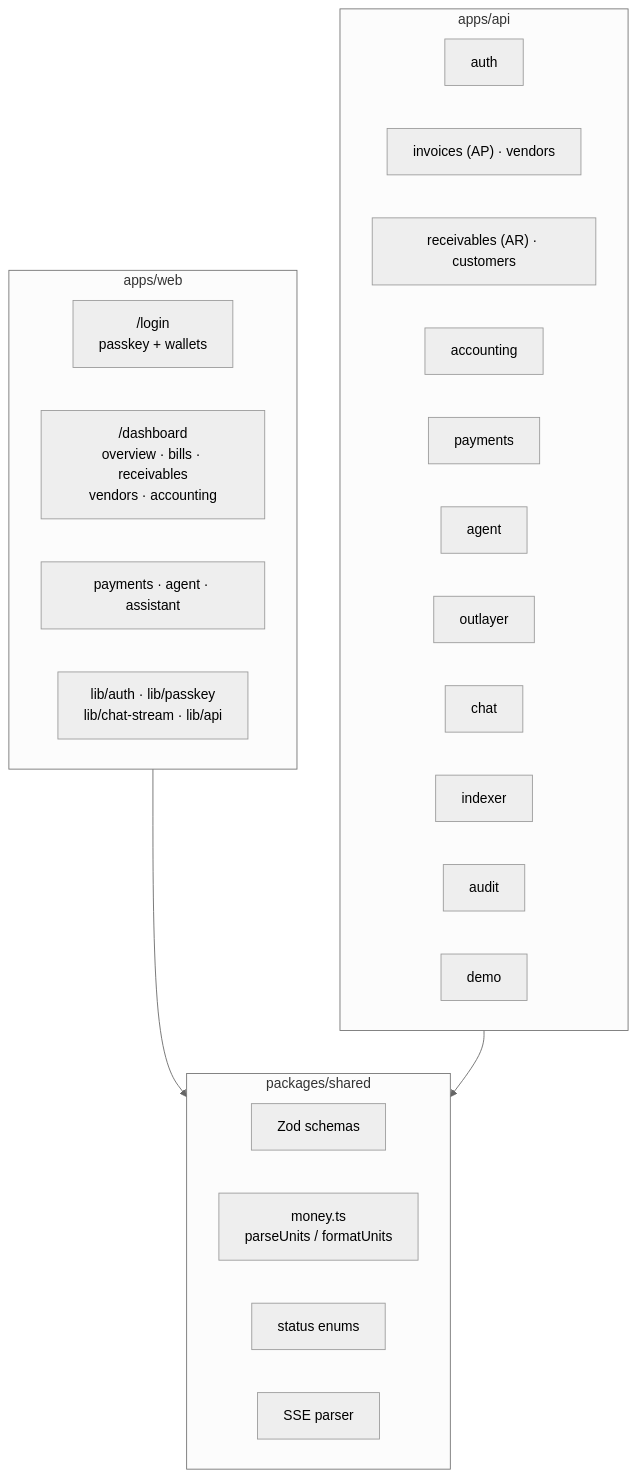
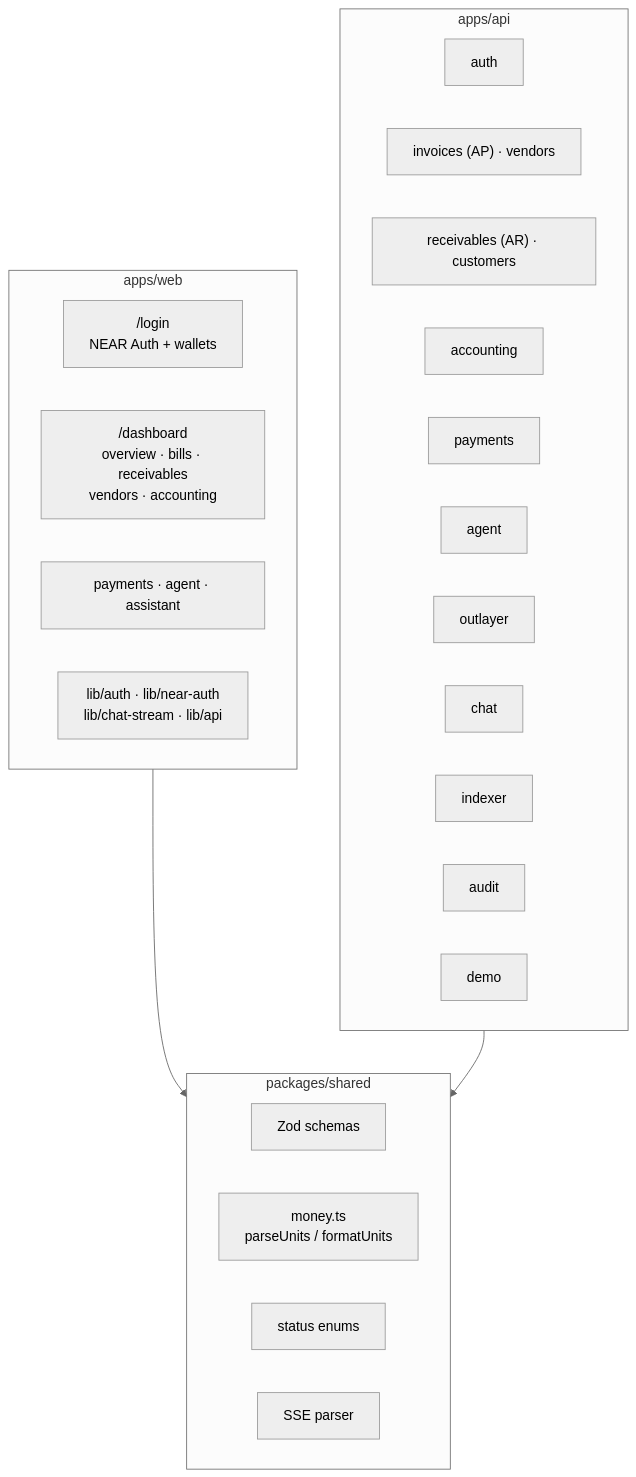
The second of 15 diagrams in docs/architecture.md (cryingraven/keiz-platform), drawn with Mermaid (neutral theme) before and after one commit. The commit also changed other lines of this file and 85 other files, not shown here.

````diff
--- a/docs/architecture.md
+++ b/docs/architecture.md
@@ -86,33 +86,33 @@
 ```mermaid
 flowchart TB
   subgraph Web["apps/web"]
-    Login["/login<br/>passkey + wallets"]
+    Login["/login<br/>NEAR Auth + wallets"]
     Dash["/dashboard<br/>overview · bills · receivables<br/>vendors · accounting"]
     PayUI["payments · agent · assistant"]
-    Lib["lib/auth · lib/passkey<br/>lib/chat-stream · lib/api"]
+    Lib["lib/auth · lib/near-auth<br/>lib/chat-stream · lib/api"]
   end
 
   subgraph Shared["packages/shared"]
     Schemas["Zod schemas"]
     Money["money.ts<br/>parseUnits / formatUnits"]
     Status["status enums"]
     SSE["SSE parser"]
   end
 
   subgraph Api["apps/api"]
     Auth["auth"]
     Inv["invoices (AP) · vendors"]
     AR["receivables (AR) · customers"]
     Books["accounting"]
     Payments["payments"]
     Agent["agent"]
     Outlayer["outlayer"]
     Chat["chat"]
     Indexer["indexer"]
     Audit["audit"]
     Demo["demo"]
   end
 
   Web --> Shared
   Api --> Shared
 ```
````
